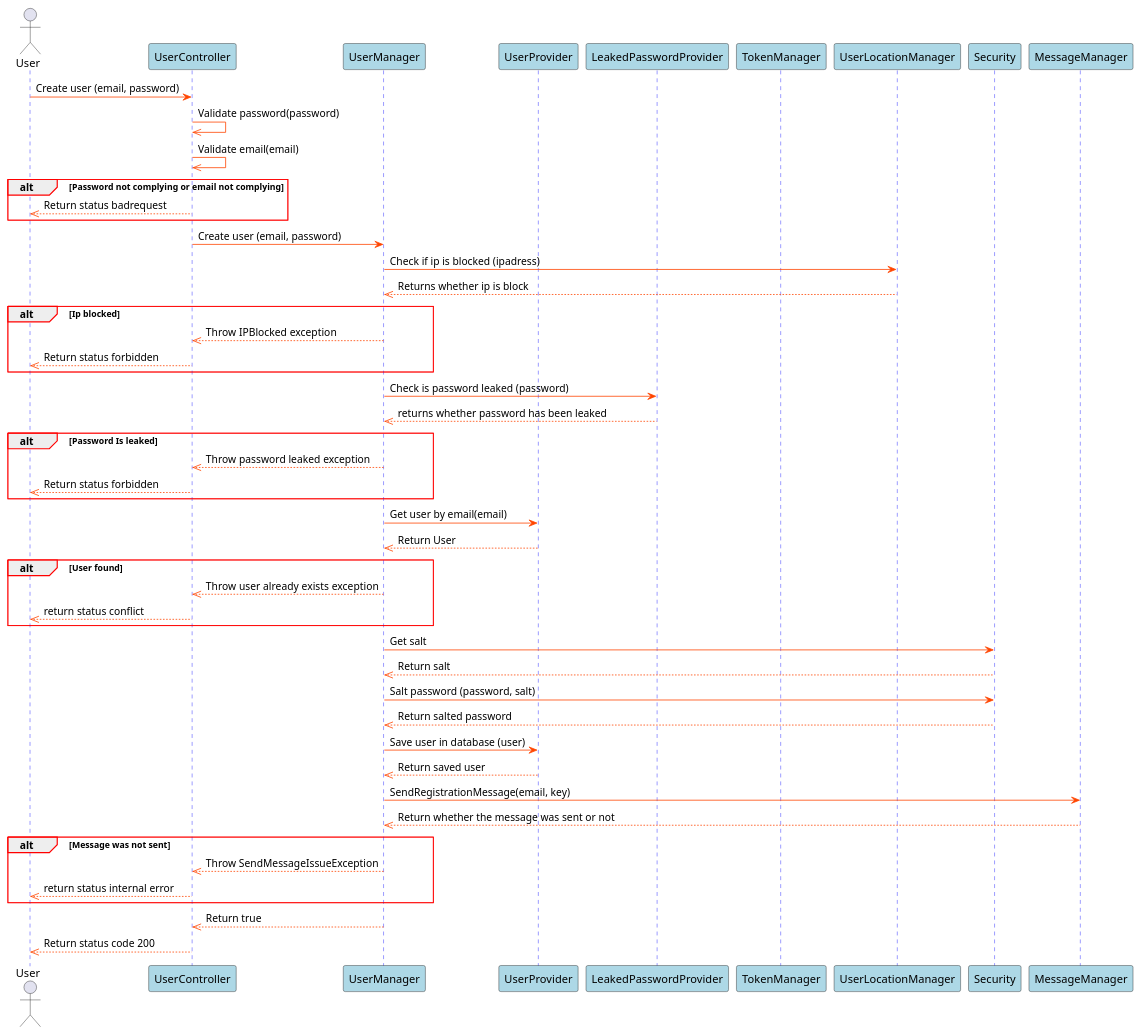
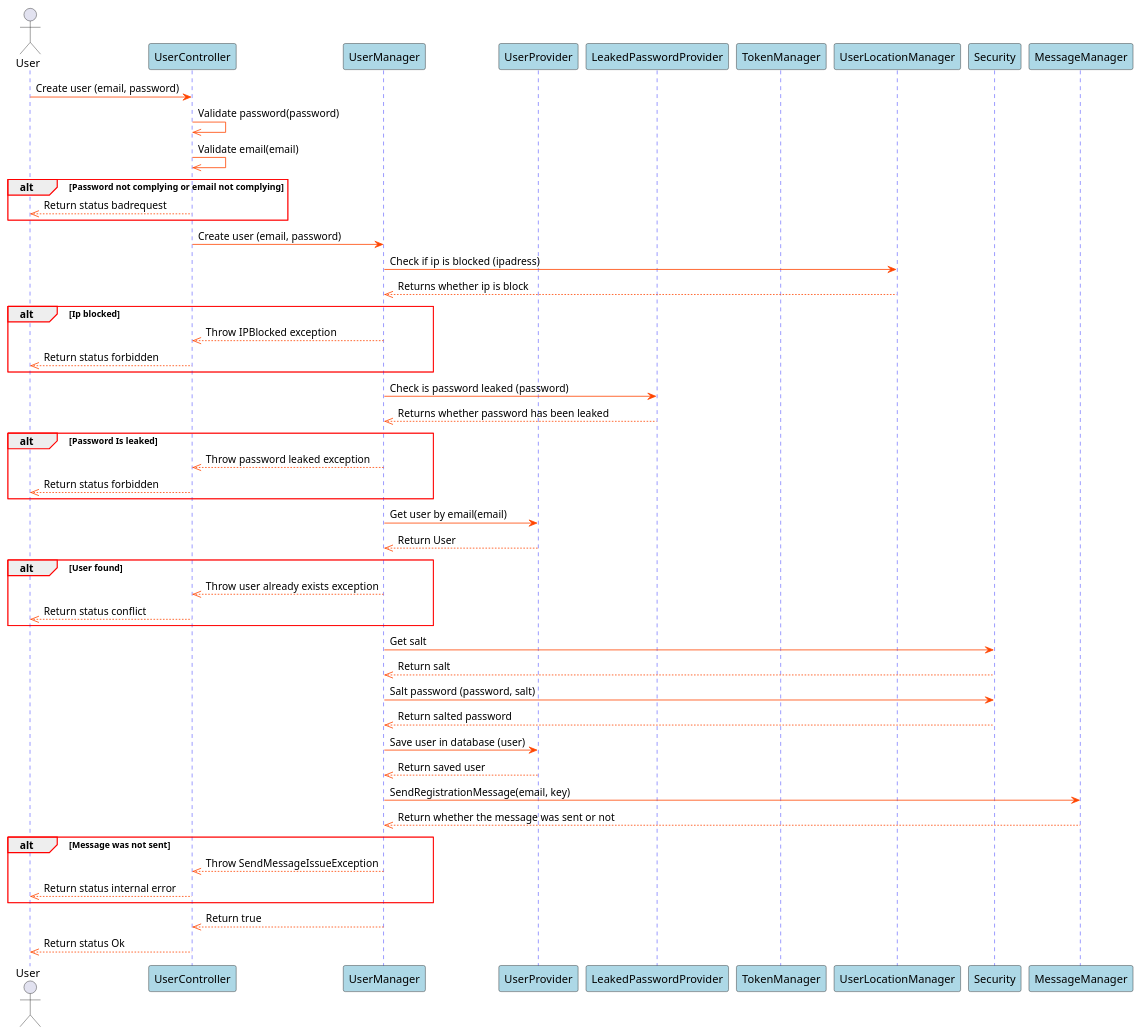
Before and after one commit to blackout1471/trust-us-school: the diagram in Docs/SDDiagrams/CreateUserSD.plantuml, drawn with PlantUML. The commit also changed 3 other files, not shown here.

```diff
--- a/Docs/SDDiagrams/CreateUserSD.plantuml
+++ b/Docs/SDDiagrams/CreateUserSD.plantuml
@@ -1,83 +1,83 @@
 @startuml Create User SD
 
 skinparam sequence {
     GroupBorderColor red
     GroupBorderThickness 1
 
     ArrowColor orangered
 
     LifeLineBorderColor blue
 
     ParticipantBackgroundColor lightblue
 }
 
 actor User
 participant UserController
 participant UserManager
 participant UserProvider
 participant LeakedPasswordProvider
 participant TokenManager
 participant UserLocationManager
 participant Security
 participant MessageManager
 
 
 
 User->UserController: Create user (email, password)
 UserController->>UserController: Validate password(password)
 UserController->>UserController: Validate email(email)
 
 alt Password not complying or email not complying
 UserController-->>User: Return status badrequest
 end
 
 UserController->UserManager: Create user (email, password)
 UserManager->UserLocationManager: Check if ip is blocked (ipadress)
 UserLocationManager-->>UserManager: Returns whether ip is block
 
 alt Ip blocked
 UserManager-->>UserController: Throw IPBlocked exception
 UserController-->>User: Return status forbidden
 end
 
 
 UserManager->LeakedPasswordProvider: Check is password leaked (password)
-LeakedPasswordProvider-->>UserManager: returns whether password has been leaked
+LeakedPasswordProvider-->>UserManager: Returns whether password has been leaked
 
 alt Password Is leaked
 UserManager-->>UserController: Throw password leaked exception
 UserController-->>User: Return status forbidden
 end
 
 UserManager->UserProvider: Get user by email(email)
 UserProvider-->>UserManager: Return User
 
 alt User found
 
 UserManager-->>UserController: Throw user already exists exception
-UserController-->>User: return status conflict
+UserController-->>User: Return status conflict
 
 end
 
 
 UserManager->Security: Get salt
 Security-->>UserManager: Return salt
 
 UserManager->Security: Salt password (password, salt)
 Security-->>UserManager: Return salted password
 
 UserManager->UserProvider: Save user in database (user)
 UserProvider-->>UserManager: Return saved user
 
 UserManager->MessageManager: SendRegistrationMessage(email, key)
 MessageManager-->>UserManager: Return whether the message was sent or not
 
 alt Message was not sent
 UserManager -->> UserController: Throw SendMessageIssueException
-UserController -->> User: return status internal error
+UserController -->> User: Return status internal error
 end
 
 UserManager-->>UserController: Return true
-UserController-->>User: Return status code 200
+UserController-->>User: Return status Ok
 
 @enduml
```
